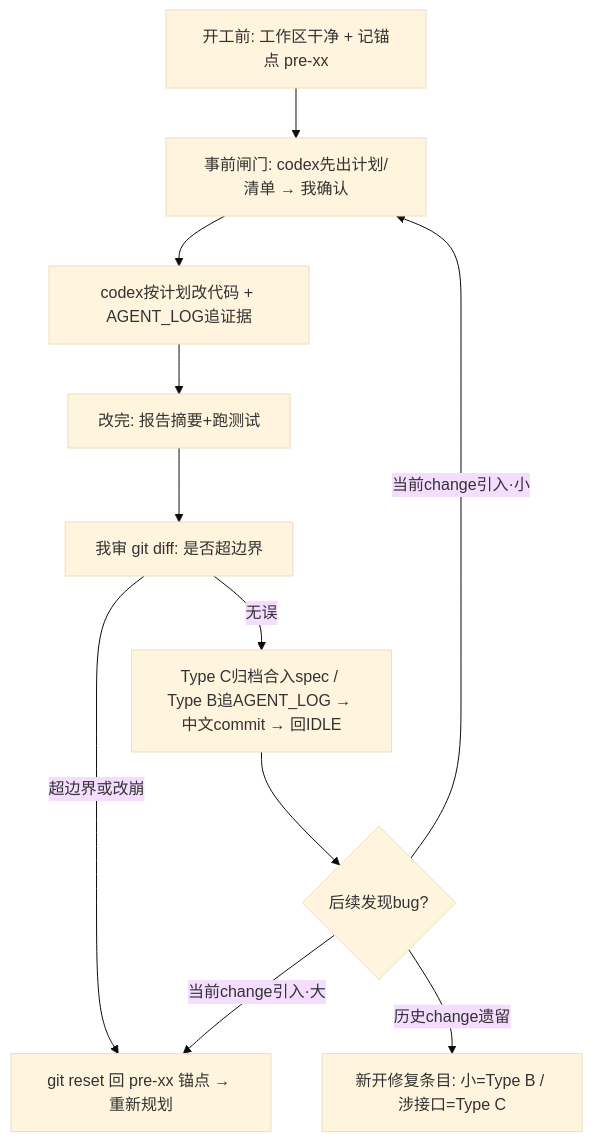
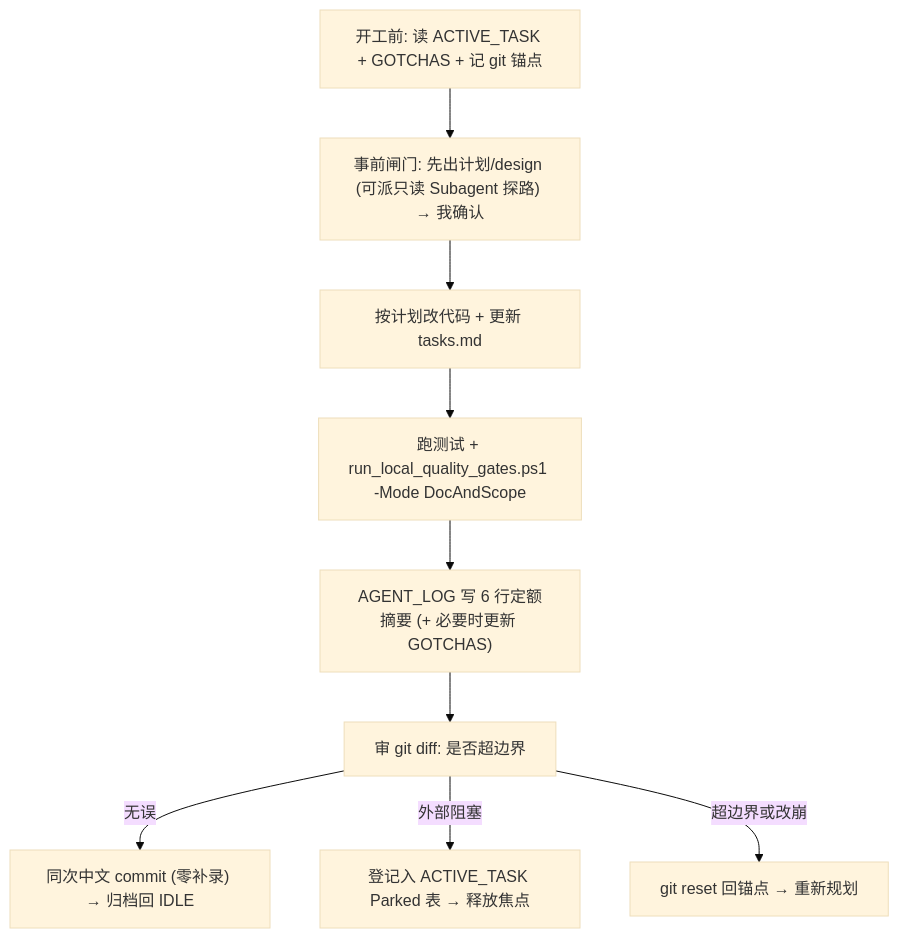
One commit to Lin-sist/RAG changed the diagram in docs/workflow/vibecoding-playbook.md. Above: the diagram before and after it, drawn with Mermaid (base theme). The commit also changed other lines of this file and 9 other files, not shown here.

````diff
--- a/docs/workflow/vibecoding-playbook.md
+++ b/docs/workflow/vibecoding-playbook.md
@@ -82,13 +82,11 @@
 ```mermaid
 flowchart TD
-    S[开工前: 工作区干净 + 记锚点 pre-xx] --> P[事前闸门: codex先出计划/清单 → 我确认]
-    P --> W[codex按计划改代码 + AGENT_LOG追证据]
-    W --> R[改完: 报告摘要+跑测试]
-    R --> D[我审 git diff: 是否超边界]
-    D -->|无误| F[Type C归档合入spec / Type B追AGENT_LOG → 中文commit → 回IDLE]
-    D -->|超边界或改崩| RB[git reset 回 pre-xx 锚点 → 重新规划]
-    F --> BUG{后续发现bug?}
-    BUG -->|当前change引入·小| P
-    BUG -->|当前change引入·大| RB
-    BUG -->|历史change遗留| NEW[新开修复条目: 小=Type B / 涉接口=Type C]
+    S["开工前: 读 ACTIVE_TASK + GOTCHAS + 记 git 锚点"] --> P["事前闸门: 先出计划/design (可派只读 Subagent 探路) → 我确认"]
+    P --> W["按计划改代码 + 更新 tasks.md"]
+    W --> G["跑测试 + run_local_quality_gates.ps1 -Mode DocAndScope"]
+    G --> L["AGENT_LOG 写 6 行定额摘要 (+ 必要时更新 GOTCHAS)"]
+    L --> D["审 git diff: 是否超边界"]
+    D -->|无误| F["同次中文 commit (零补录) → 归档回 IDLE"]
+    D -->|外部阻塞| PK["登记入 ACTIVE_TASK Parked 表 → 释放焦点"]
+    D -->|超边界或改崩| RB["git reset 回锚点 → 重新规划"]
 ```
````
